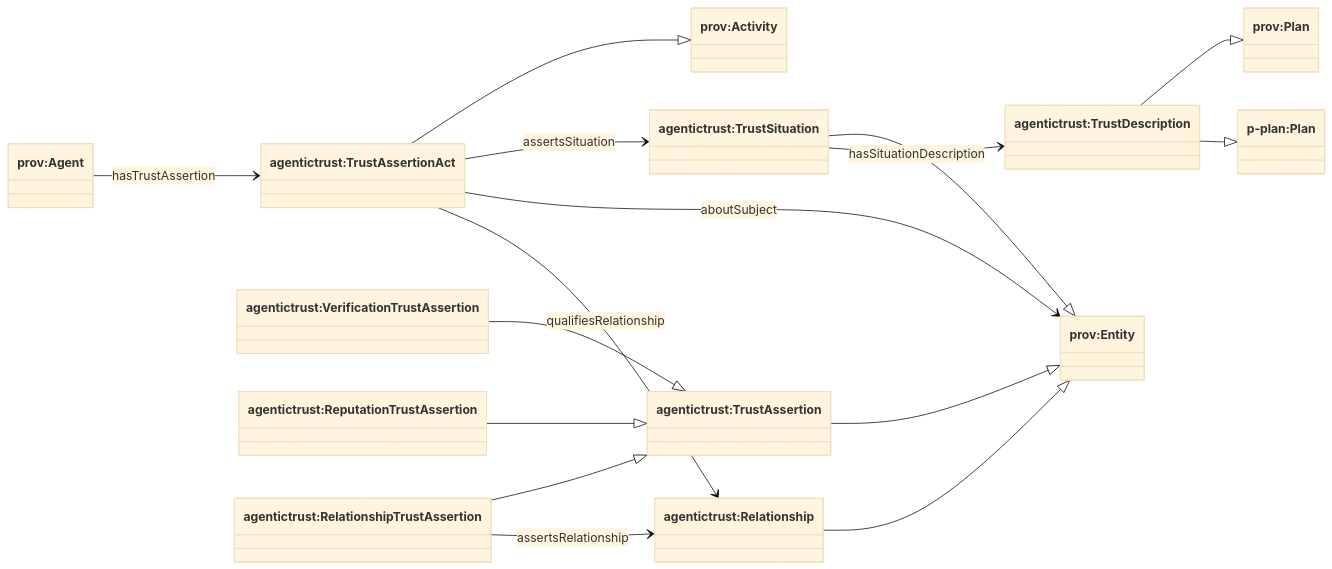
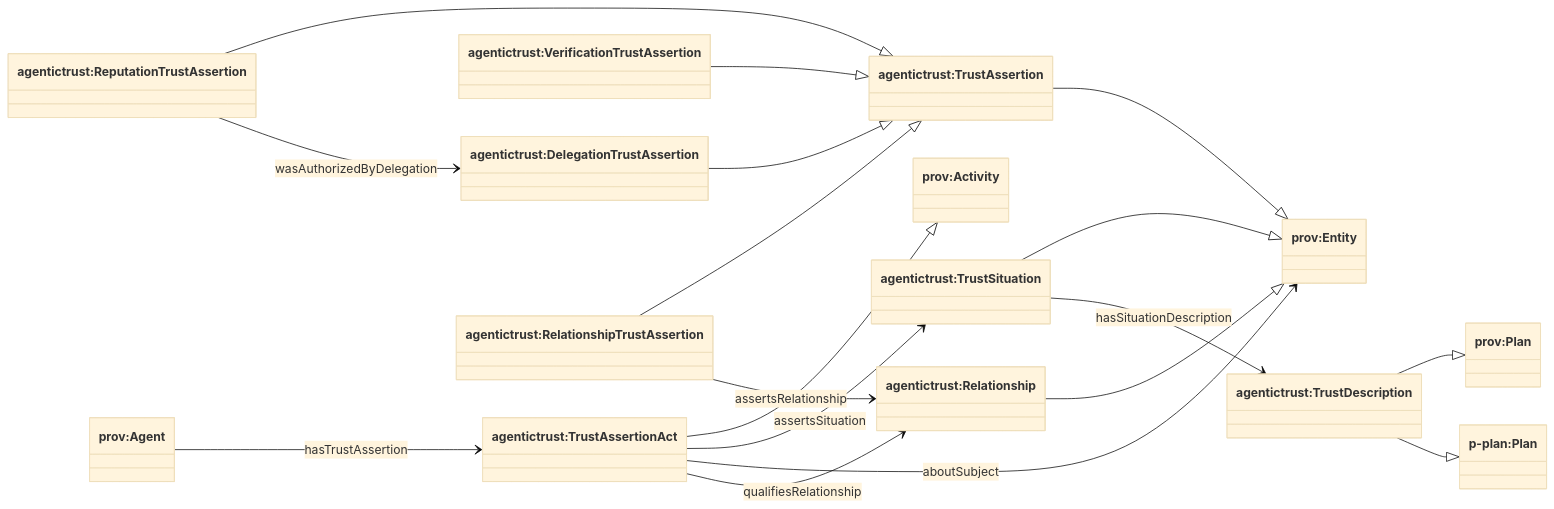
Before and after one commit to Agentic-Trust-Layer/agent-explorer: the first of 2 diagrams in docs/ontology/agentictrust-overview.md, drawn with Mermaid (base theme). The commit also changed other lines of this file, not shown here.

Commit message:
update with delegation assertion

````diff
--- a/docs/ontology/agentictrust-overview.md
+++ b/docs/ontology/agentictrust-overview.md
@@ -52,36 +53,39 @@
 ```mermaid
 classDiagram
 direction LR
 
 class provPlan["prov:Plan"]
 class pplanPlan["p-plan:Plan"]
 class provActivity["prov:Activity"]
 class provEntity["prov:Entity"]
 class provAgent["prov:Agent"]
 
 class TrustDescription["agentictrust:TrustDescription"]
 class TrustSituation["agentictrust:TrustSituation"]
 class TrustAssertion["agentictrust:TrustAssertion"]
 class TrustAssertionAct["agentictrust:TrustAssertionAct"]
 class VerificationAssertion["agentictrust:VerificationTrustAssertion"]
 class ReputationAssertion["agentictrust:ReputationTrustAssertion"]
+class DelegationAssertion["agentictrust:DelegationTrustAssertion"]
 class Relationship["agentictrust:Relationship"]
 class RelationshipAssertion["agentictrust:RelationshipTrustAssertion"]
 
 TrustDescription --|> provPlan
 TrustDescription --|> pplanPlan
 TrustSituation --|> provEntity
 TrustAssertion --|> provEntity
 TrustAssertionAct --|> provActivity
 VerificationAssertion --|> TrustAssertion
 ReputationAssertion --|> TrustAssertion
+DelegationAssertion --|> TrustAssertion
 Relationship --|> provEntity
 RelationshipAssertion --|> TrustAssertion
 
 TrustSituation --> TrustDescription : hasSituationDescription
 TrustAssertionAct --> TrustSituation : assertsSituation
 TrustAssertionAct --> provEntity : aboutSubject
 RelationshipAssertion --> Relationship : assertsRelationship
 TrustAssertionAct --> Relationship : qualifiesRelationship
 provAgent --> TrustAssertionAct : hasTrustAssertion
+ReputationAssertion --> DelegationAssertion : wasAuthorizedByDelegation
 ```
````
